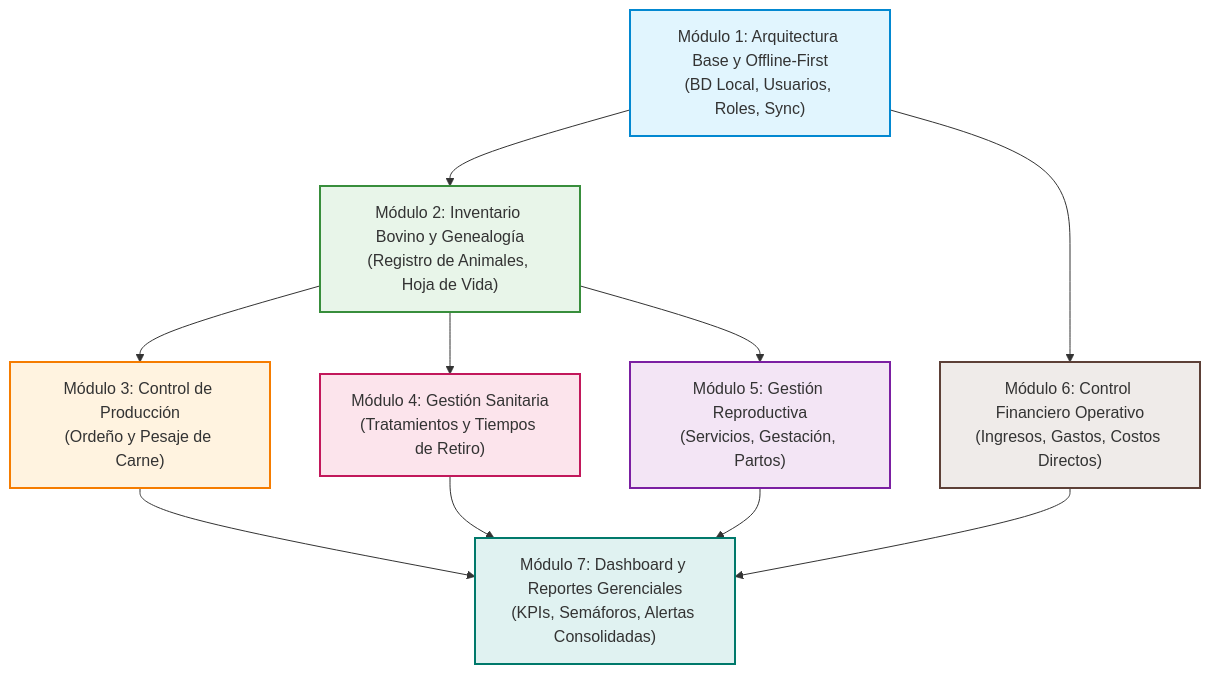
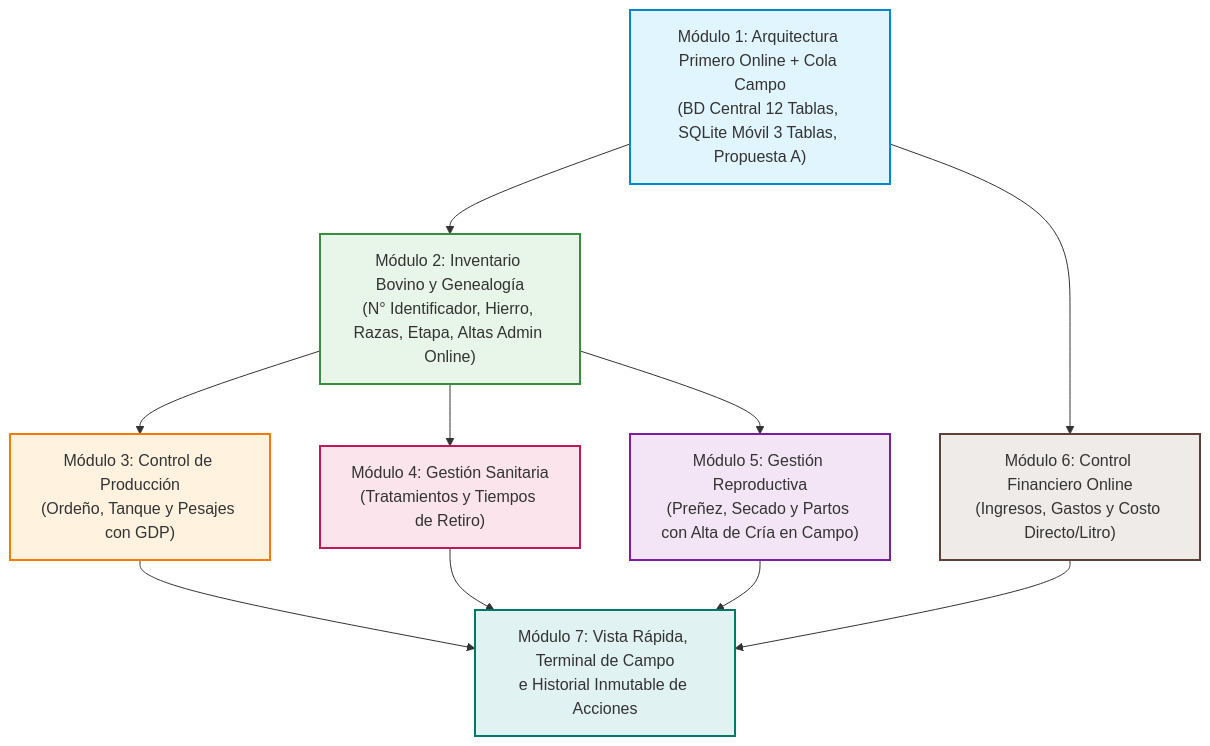
The diagram in agentes/PLANIFICACION_MODULOS.md (johandmaldonadop/FincaControl), drawn with Mermaid before and after one commit. The commit also changed other lines of this file and 33 other files, not shown here.

````diff
--- a/agentes/PLANIFICACION_MODULOS.md
+++ b/agentes/PLANIFICACION_MODULOS.md
@@ -281,23 +292,23 @@
 ```mermaid
 flowchart TD
-    M1["Módulo 1: Arquitectura Base y Offline-First\n(BD Local, Usuarios, Roles, Sync)"] --> M2["Módulo 2: Inventario Bovino y Genealogía\n(Registro de Animales, Hoja de Vida)"]
+    M1["Módulo 1: Arquitectura Primero Online + Cola Campo\n(BD Central 12 Tablas, SQLite Móvil 3 Tablas, Propuesta A)"] --> M2["Módulo 2: Inventario Bovino y Genealogía\n(N° Identificador, Hierro, Razas, Etapa, Altas Admin Online)"]
     
-    M2 --> M3["Módulo 3: Control de Producción\n(Ordeño y Pesaje de Carne)"]
+    M2 --> M3["Módulo 3: Control de Producción\n(Ordeño, Tanque y Pesajes con GDP)"]
     M2 --> M4["Módulo 4: Gestión Sanitaria\n(Tratamientos y Tiempos de Retiro)"]
-    M2 --> M5["Módulo 5: Gestión Reproductiva\n(Servicios, Gestación, Partos)"]
+    M2 --> M5["Módulo 5: Gestión Reproductiva\n(Preñez, Secado y Partos con Alta de Cría en Campo)"]
     
-    M1 --> M6["Módulo 6: Control Financiero Operativo\n(Ingresos, Gastos, Costos Directos)"]
+    M1 --> M6["Módulo 6: Control Financiero Online\n(Ingresos, Gastos y Costo Directo/Litro)"]
     
-    M3 --> M7["Módulo 7: Dashboard y Reportes Gerenciales\n(KPIs, Semáforos, Alertas Consolidadas)"]
+    M3 --> M7["Módulo 7: Vista Rápida, Terminal de Campo\ne Historial Inmutable de Acciones"]
     M4 --> M7
     M5 --> M7
     M6 --> M7
 
     style M1 fill:#e1f5fe,stroke:#0288d1,stroke-width:2px
     style M2 fill:#e8f5e9,stroke:#388e3c,stroke-width:2px
     style M3 fill:#fff3e0,stroke:#f57c00,stroke-width:2px
     style M4 fill:#fce4ec,stroke:#c2185b,stroke-width:2px
     style M5 fill:#f3e5f5,stroke:#7b1fa2,stroke-width:2px
     style M6 fill:#efebe9,stroke:#5d4037,stroke-width:2px
     style M7 fill:#e0f2f1,stroke:#00796b,stroke-width:2px
 ```
````
